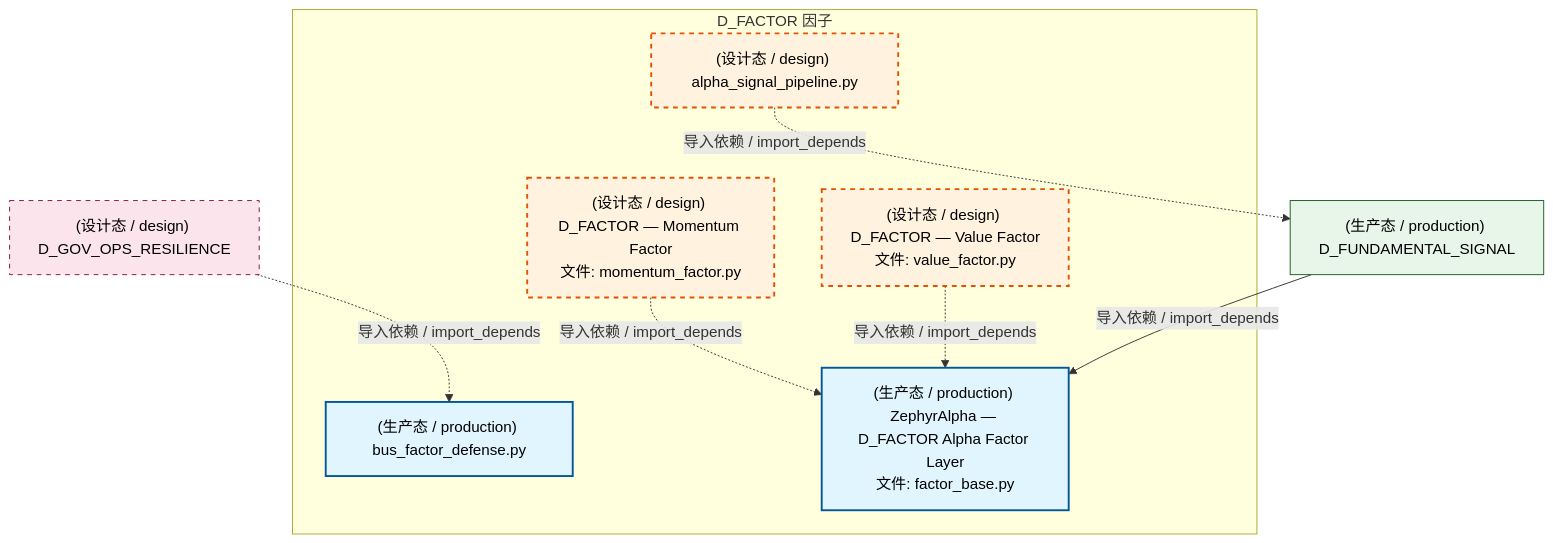
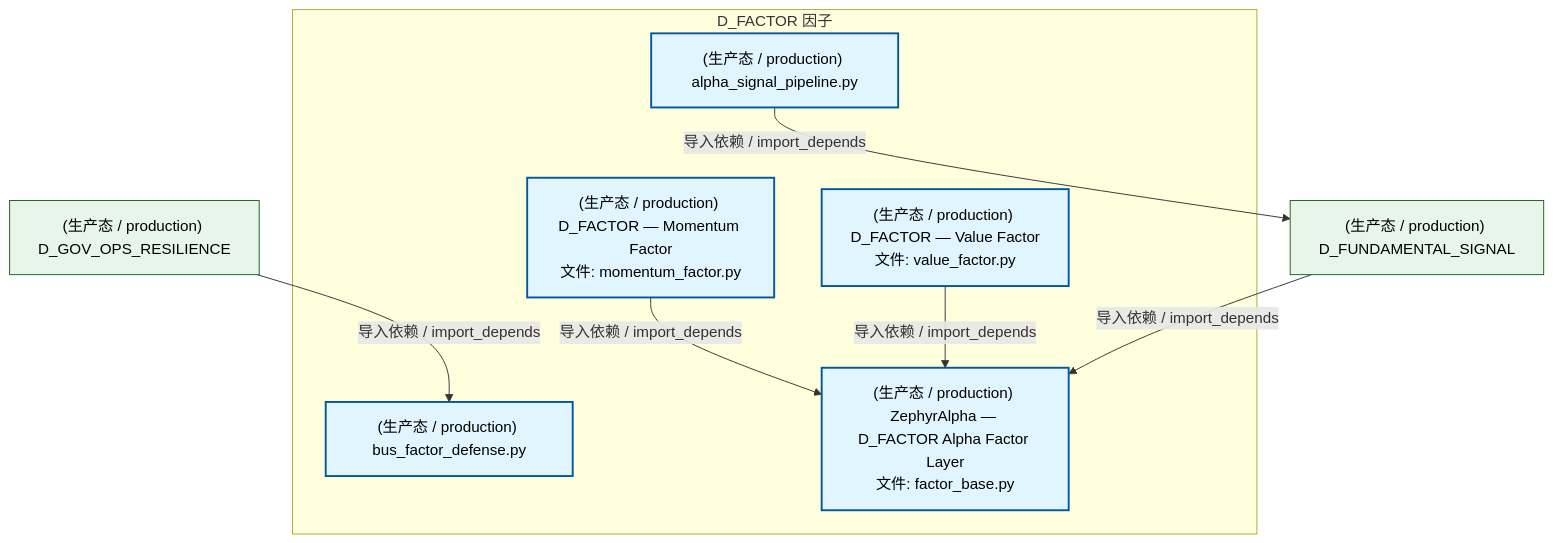
The first of 3 diagrams in docs/02_enterprise_architecture/02_domain_architecture_docs/36_d_factor.md (xuanFelixVan/ZephyrAlpha), drawn with Mermaid before and after one commit. The commit also changed other lines of this file and 128 other files, not shown here.

````diff
--- a/docs/02_enterprise_architecture/02_domain_architecture_docs/36_d_factor.md
+++ b/docs/02_enterprise_architecture/02_domain_architecture_docs/36_d_factor.md
@@ -71,25 +70,23 @@
 ```mermaid
 graph TD
     subgraph D_FACTOR["D_FACTOR 因子"]
-        src_zephyr_factor_alpha_signal_pipeline_py["(设计态 / design) alpha_signal_pipeline.py"]
+        src_zephyr_factor_alpha_signal_pipeline_py["(生产态 / production) alpha_signal_pipeline.py"]
         src_zephyr_factor_bus_factor_defense_py["(生产态 / production) bus_factor_defense.py"]
         src_zephyr_factor_factor_base_py["(生产态 / production) ZephyrAlpha — D_FACTOR Alpha Factor Layer<br/>文件: factor_base.py"]
-        src_zephyr_factor_momentum_factor_py["(设计态 / design) D_FACTOR — Momentum Factor<br/>文件: momentum_factor.py"]
-        src_zephyr_factor_value_factor_py["(设计态 / design) D_FACTOR — Value Factor<br/>文件: value_factor.py"]
+        src_zephyr_factor_momentum_factor_py["(生产态 / production) D_FACTOR — Momentum Factor<br/>文件: momentum_factor.py"]
+        src_zephyr_factor_value_factor_py["(生产态 / production) D_FACTOR — Value Factor<br/>文件: value_factor.py"]
     end
-    src_zephyr_factor_momentum_factor_py -.->|导入依赖 / import_depends| src_zephyr_factor_factor_base_py
-    src_zephyr_factor_value_factor_py -.->|导入依赖 / import_depends| src_zephyr_factor_factor_base_py
+    src_zephyr_factor_momentum_factor_py -->|导入依赖 / import_depends| src_zephyr_factor_factor_base_py
+    src_zephyr_factor_value_factor_py -->|导入依赖 / import_depends| src_zephyr_factor_factor_base_py
     D_FUNDAMENTAL_SIGNAL["(生产态 / production) D_FUNDAMENTAL_SIGNAL"]
-    src_zephyr_factor_alpha_signal_pipeline_py -.->|导入依赖 / import_depends| D_FUNDAMENTAL_SIGNAL
+    src_zephyr_factor_alpha_signal_pipeline_py -->|导入依赖 / import_depends| D_FUNDAMENTAL_SIGNAL
     D_FUNDAMENTAL_SIGNAL -->|导入依赖 / import_depends| src_zephyr_factor_factor_base_py
-    D_GOV_OPS_RESILIENCE["(设计态 / design) D_GOV_OPS_RESILIENCE"]
-    D_GOV_OPS_RESILIENCE -.->|导入依赖 / import_depends| src_zephyr_factor_bus_factor_defense_py
+    D_GOV_OPS_RESILIENCE["(生产态 / production) D_GOV_OPS_RESILIENCE"]
+    D_GOV_OPS_RESILIENCE -->|导入依赖 / import_depends| src_zephyr_factor_bus_factor_defense_py
     classDef production fill:#e1f5fe,stroke:#01579b,stroke-width:2px,color:#000
     classDef design fill:#fff3e0,stroke:#e65100,stroke-width:2px,color:#000,stroke-dasharray: 5 5
     classDef external_prod fill:#e8f5e9,stroke:#1b5e20,stroke-width:1px,color:#000
     classDef external_design fill:#fce4ec,stroke:#880e4f,stroke-width:1px,color:#000,stroke-dasharray: 5 5
-    class src_zephyr_factor_bus_factor_defense_py,src_zephyr_factor_factor_base_py production
-    class src_zephyr_factor_alpha_signal_pipeline_py,src_zephyr_factor_momentum_factor_py,src_zephyr_factor_value_factor_py design
-    class D_FUNDAMENTAL_SIGNAL external_prod
-    class D_GOV_OPS_RESILIENCE external_design
+    class src_zephyr_factor_alpha_signal_pipeline_py,src_zephyr_factor_bus_factor_defense_py,src_zephyr_factor_factor_base_py,src_zephyr_factor_momentum_factor_py,src_zephyr_factor_value_factor_py production
+    class D_FUNDAMENTAL_SIGNAL,D_GOV_OPS_RESILIENCE external_prod
 ```
````
